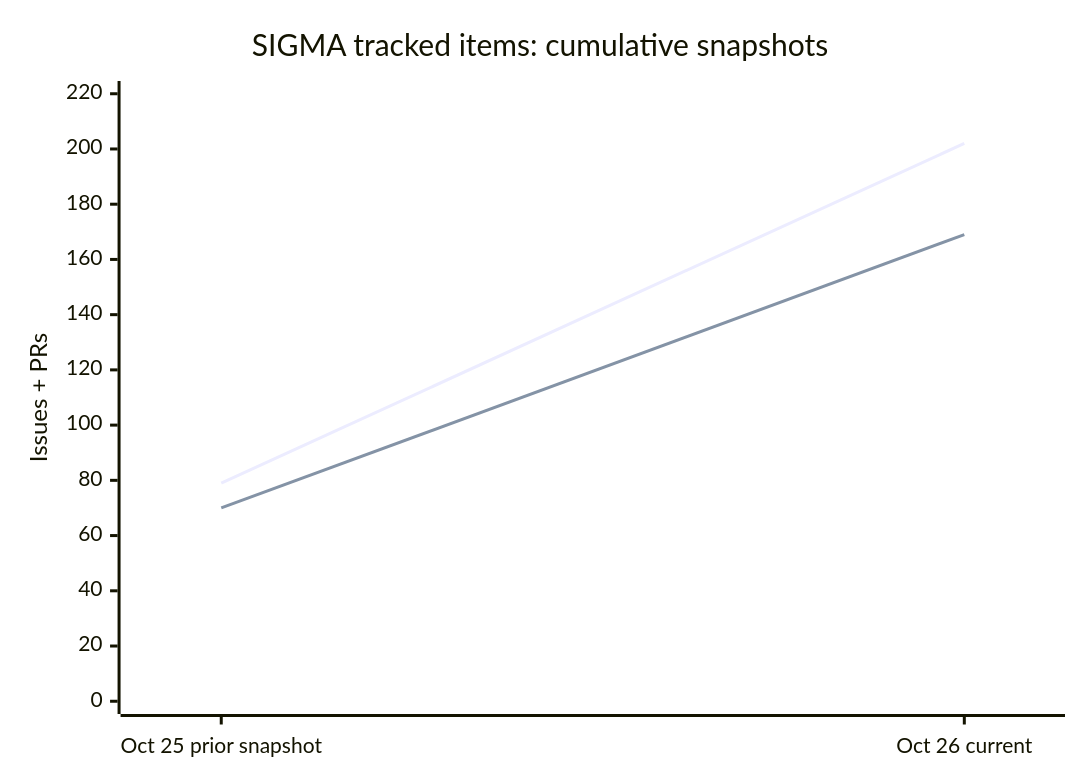
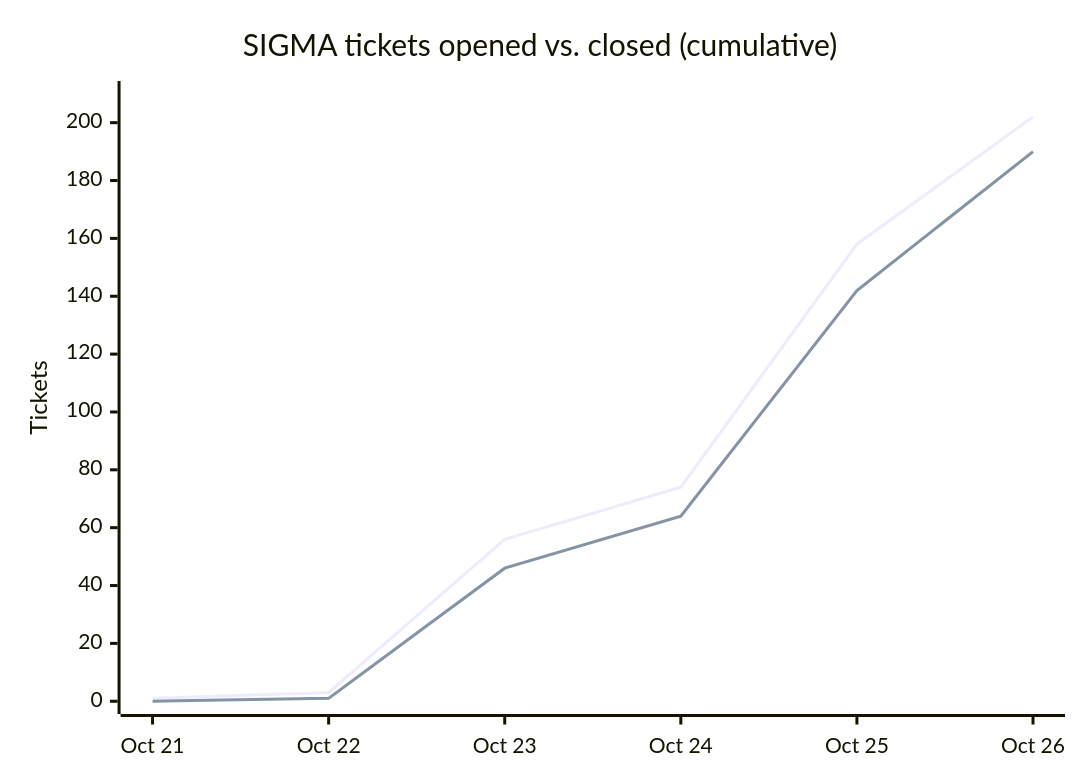
Before and after one commit to bkramerext/sigma: the second of 2 diagrams in docs/JOURNAL.md, drawn with Mermaid. The commit also changed other lines of this file, not shown here.

Commit message:
Extend Day 5 ticket throughput chart across all days

````diff
--- a/docs/JOURNAL.md
+++ b/docs/JOURNAL.md
@@ -348,8 +348,8 @@
 ```mermaid
 xychart-beta
-    title "SIGMA tracked items: cumulative snapshots"
-    x-axis ["Oct 25 prior snapshot", "Oct 26 current"]
-    y-axis "Issues + PRs" 0 --> 220
-    line [79, 202]
-    line [70, 169]
+    title "SIGMA tickets opened vs. closed (cumulative)"
+    x-axis ["Oct 21", "Oct 22", "Oct 23", "Oct 24", "Oct 25", "Oct 26"]
+    y-axis "Tickets" 0 --> 210
+    line [1, 3, 56, 74, 158, 202]
+    line [0, 1, 46, 64, 142, 190]
 ```
````
